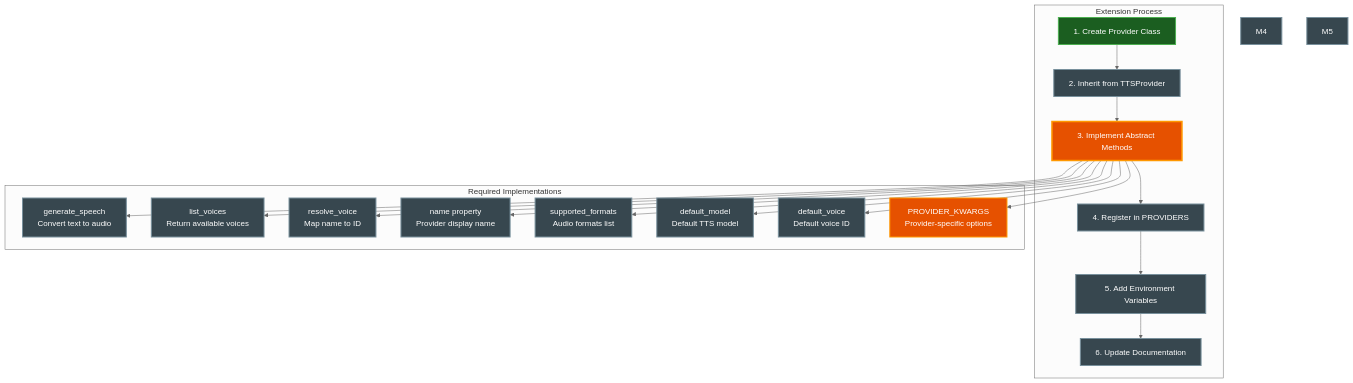
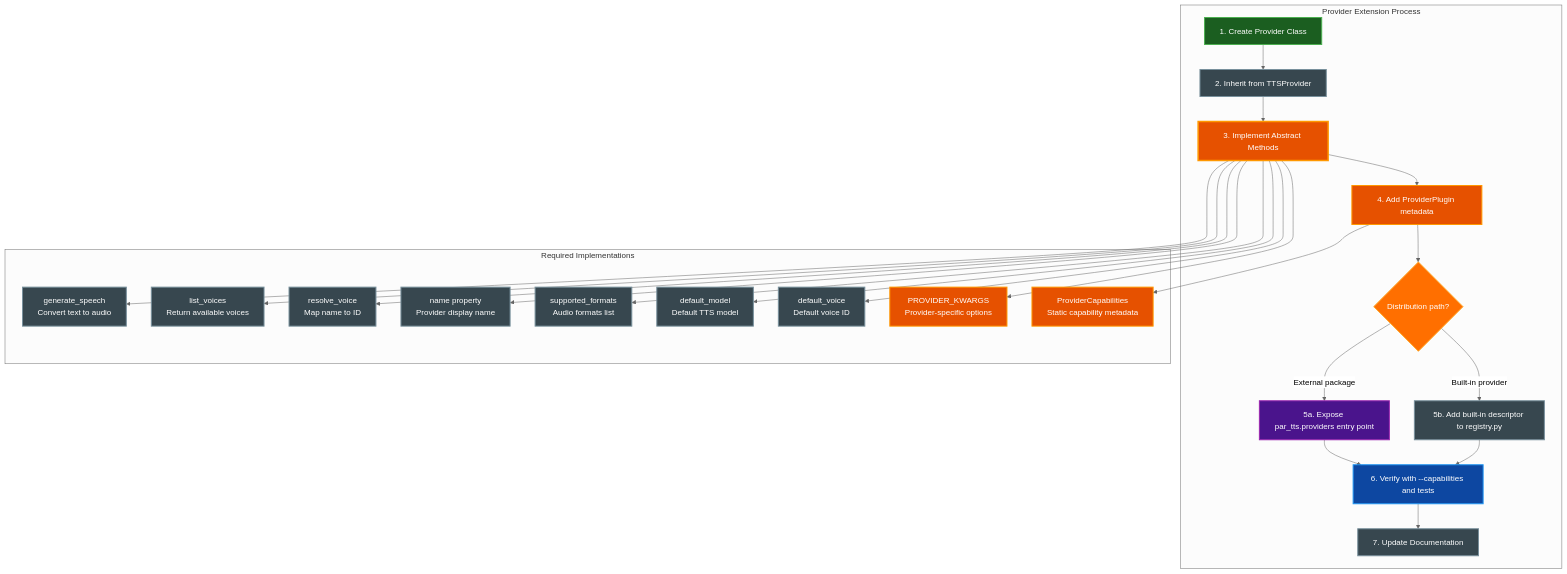
Diagram 15 of 21 in docs/ARCHITECTURE.md (paulrobello/par-cli-tts), drawn with Mermaid (neutral theme) before and after one commit. The commit also changed other lines of this file and 1 other file, not shown here.

Commit message:
docs: update feature and architecture documentation

````diff
--- a/docs/ARCHITECTURE.md
+++ b/docs/ARCHITECTURE.md
@@ -1117,54 +1211,65 @@
 ```mermaid
 flowchart TD
-    subgraph "Extension Process"
+    subgraph "Provider Extension Process"
         Step1[1. Create Provider Class]
         Step2[2. Inherit from TTSProvider]
         Step3[3. Implement Abstract Methods]
-        Step4[4. Register in PROVIDERS]
-        Step5[5. Add Environment Variables]
-        Step6[6. Update Documentation]
+        Step4[4. Add ProviderPlugin metadata]
+        Step5{Distribution path?}
+        Step6[5a. Expose par_tts.providers entry point]
+        Step7[5b. Add built-in descriptor to registry.py]
+        Step8[6. Verify with --capabilities and tests]
+        Step9[7. Update Documentation]
     end
 
     Step1 --> Step2
     Step2 --> Step3
     Step3 --> Step4
     Step4 --> Step5
-    Step5 --> Step6
+    Step5 -->|External package| Step6
+    Step5 -->|Built-in provider| Step7
+    Step6 --> Step8
+    Step7 --> Step8
+    Step8 --> Step9
 
     subgraph "Required Implementations"
         M1[generate_speech<br/>Convert text to audio]
         M2[list_voices<br/>Return available voices]
         M3[resolve_voice<br/>Map name to ID]
         P1[name property<br/>Provider display name]
         P2[supported_formats<br/>Audio formats list]
         P3[default_model<br/>Default TTS model]
         P4[default_voice<br/>Default voice ID]
         PK[PROVIDER_KWARGS<br/>Provider-specific options]
+        PM[ProviderCapabilities<br/>Static capability metadata]
     end
 
     Step3 --> M1
     Step3 --> M2
     Step3 --> M3
     Step3 --> P1
     Step3 --> P2
     Step3 --> P3
     Step3 --> P4
     Step3 --> PK
+    Step4 --> PM
 
     style Step1 fill:#1b5e20,stroke:#4caf50,stroke-width:2px,color:#ffffff
     style Step2 fill:#37474f,stroke:#78909c,stroke-width:2px,color:#ffffff
     style Step3 fill:#e65100,stroke:#ff9800,stroke-width:3px,color:#ffffff
-    style Step4 fill:#37474f,stroke:#78909c,stroke-width:2px,color:#ffffff
-    style Step5 fill:#37474f,stroke:#78909c,stroke-width:2px,color:#ffffff
-    style Step6 fill:#37474f,stroke:#78909c,stroke-width:2px,color:#ffffff
+    style Step4 fill:#e65100,stroke:#ff9800,stroke-width:2px,color:#ffffff
+    style Step5 fill:#ff6f00,stroke:#ffa726,stroke-width:2px,color:#ffffff
+    style Step6 fill:#4a148c,stroke:#9c27b0,stroke-width:2px,color:#ffffff
+    style Step7 fill:#37474f,stroke:#78909c,stroke-width:2px,color:#ffffff
+    style Step8 fill:#0d47a1,stroke:#2196f3,stroke-width:2px,color:#ffffff
+    style Step9 fill:#37474f,stroke:#78909c,stroke-width:2px,color:#ffffff
     style M1 fill:#37474f,stroke:#78909c,stroke-width:2px,color:#ffffff
     style M2 fill:#37474f,stroke:#78909c,stroke-width:2px,color:#ffffff
     style M3 fill:#37474f,stroke:#78909c,stroke-width:2px,color:#ffffff
-    style M4 fill:#37474f,stroke:#78909c,stroke-width:2px,color:#ffffff
-    style M5 fill:#37474f,stroke:#78909c,stroke-width:2px,color:#ffffff
     style P1 fill:#37474f,stroke:#78909c,stroke-width:2px,color:#ffffff
     style P2 fill:#37474f,stroke:#78909c,stroke-width:2px,color:#ffffff
     style P3 fill:#37474f,stroke:#78909c,stroke-width:2px,color:#ffffff
     style P4 fill:#37474f,stroke:#78909c,stroke-width:2px,color:#ffffff
     style PK fill:#e65100,stroke:#ff9800,stroke-width:2px,color:#ffffff
+    style PM fill:#e65100,stroke:#ff9800,stroke-width:2px,color:#ffffff
 ```
````
